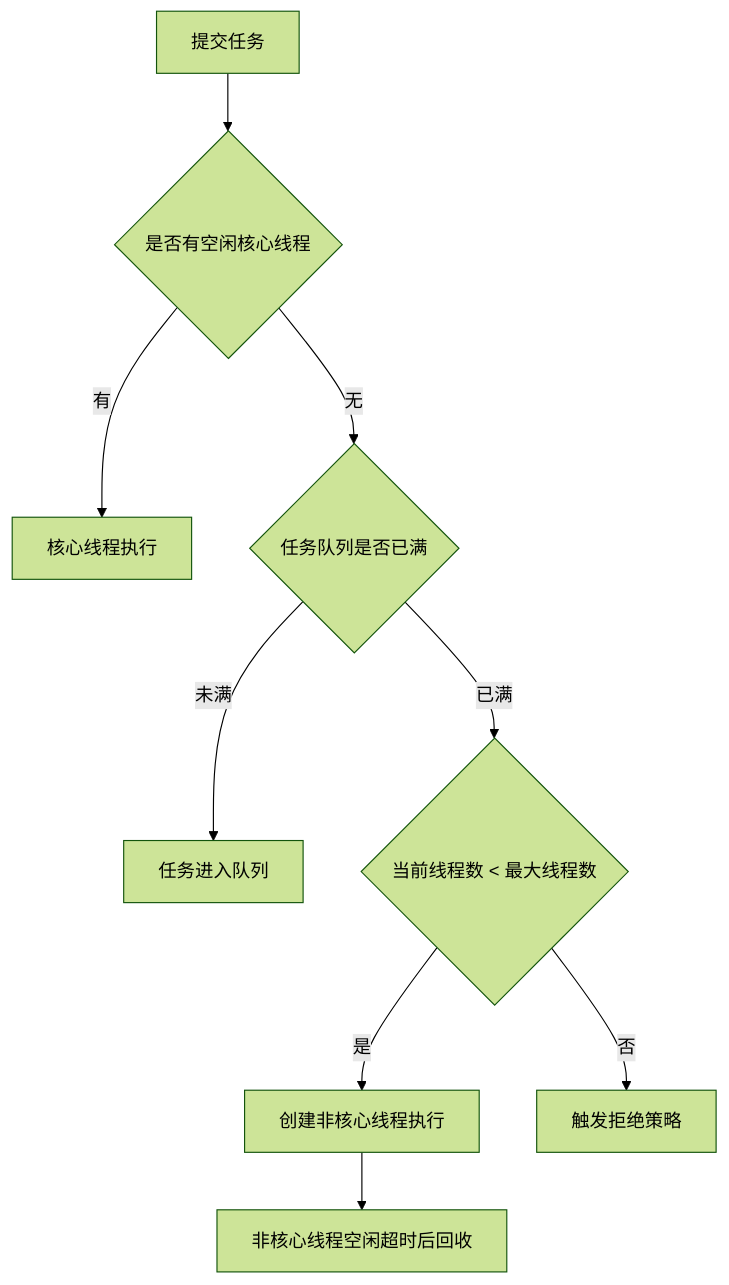
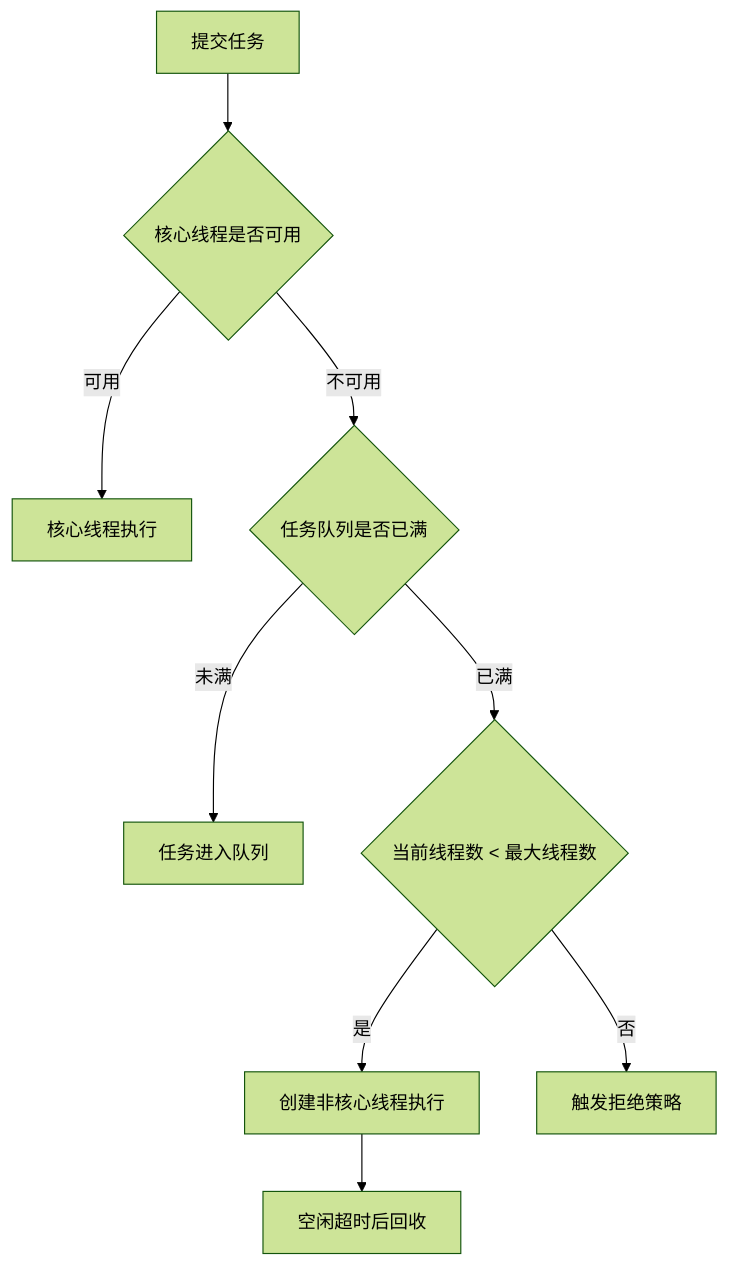
Before and after one commit to crashingby/homepage: the third of 11 diagrams in src/content/blog/Software-Construction/Chap07.md, drawn with Mermaid (forest theme). The commit also changed other lines of this file and 6 other files, not shown here.

````diff
--- a/src/content/blog/Software-Construction/Chap07.md
+++ b/src/content/blog/Software-Construction/Chap07.md
@@ -112,11 +93,11 @@
 ```mermaid
 flowchart TD
-  A["提交任务"] --> B{"是否有空闲核心线程"}
-  B -->|有| C["核心线程执行"]
-  B -->|无| D{"任务队列是否已满"}
-  D -->|未满| E["任务进入队列"]
-  D -->|已满| F{"当前线程数 < 最大线程数"}
-  F -->|是| G["创建非核心线程执行"]
-  F -->|否| H["触发拒绝策略"]
-  G --> I["非核心线程空闲超时后回收"]
+  Submit["提交任务"] --> Core{"核心线程是否可用"}
+  Core -->|可用| CoreRun["核心线程执行"]
+  Core -->|不可用| Queue{"任务队列是否已满"}
+  Queue -->|未满| Enqueue["任务进入队列"]
+  Queue -->|已满| Max{"当前线程数 < 最大线程数"}
+  Max -->|是| NewThread["创建非核心线程执行"]
+  Max -->|否| Reject["触发拒绝策略"]
+  NewThread --> Recycle["空闲超时后回收"]
 ```
````
